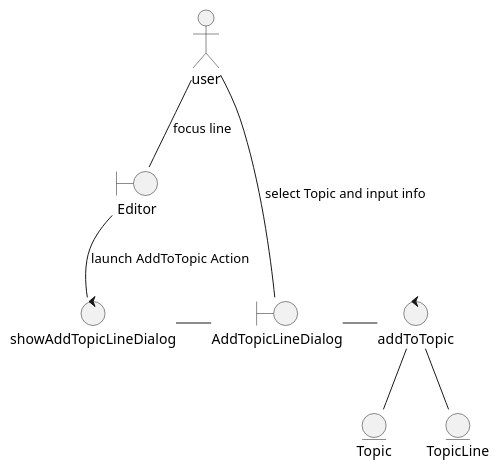
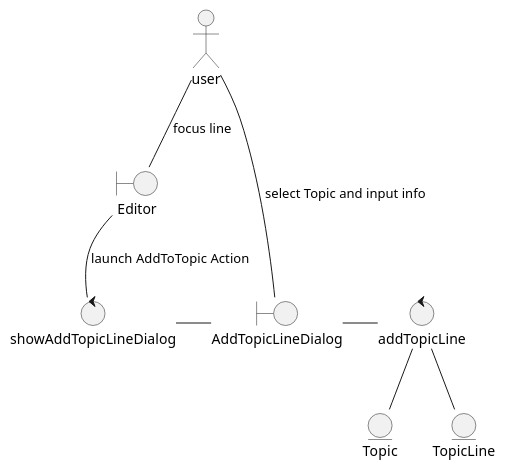
The diagram in documents/robustness/add_topic_line.puml (kitabatake/CodeReadingNote), drawn with PlantUML before and after one commit. The commit also changed 9 other files, not shown here.

```diff
--- a/documents/robustness/add_topic_line.puml
+++ b/documents/robustness/add_topic_line.puml
@@ -8,27 +8,27 @@
 @startuml
 /' definition '/
 actor user
 
 entity Topic
 entity TopicLine
 
-control addToTopic
+control addTopicLine
 control showAddTopicLineDialog
 
 boundary AddTopicLineDialog
 boundary Editor
 
 
 /' flow '/
 user -- Editor : focus line
 
 Editor -- showAddTopicLineDialog : launch AddToTopic Action
 
 showAddTopicLineDialog - AddTopicLineDialog
 
 user -- AddTopicLineDialog : select Topic and input info
 
-AddTopicLineDialog - addToTopic
-addToTopic -- Topic
-addToTopic -- TopicLine
+AddTopicLineDialog - addTopicLine
+addTopicLine -- Topic
+addTopicLine -- TopicLine
 @enduml
```
